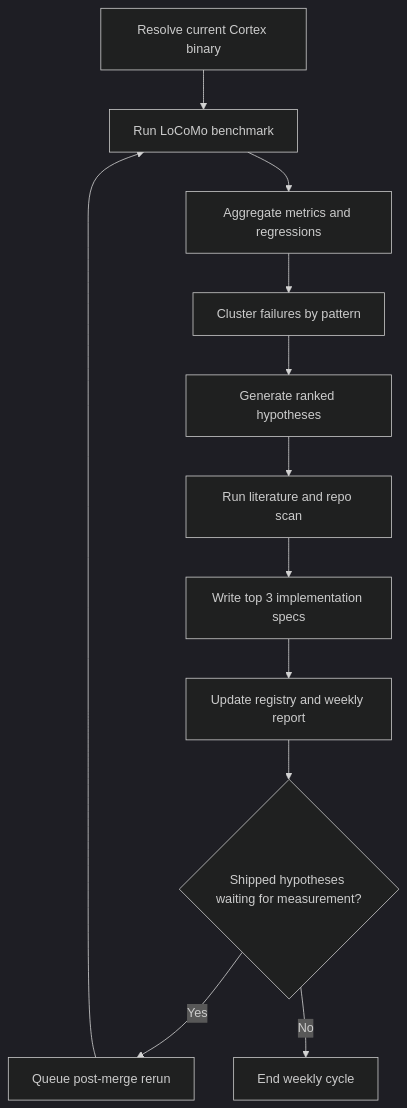
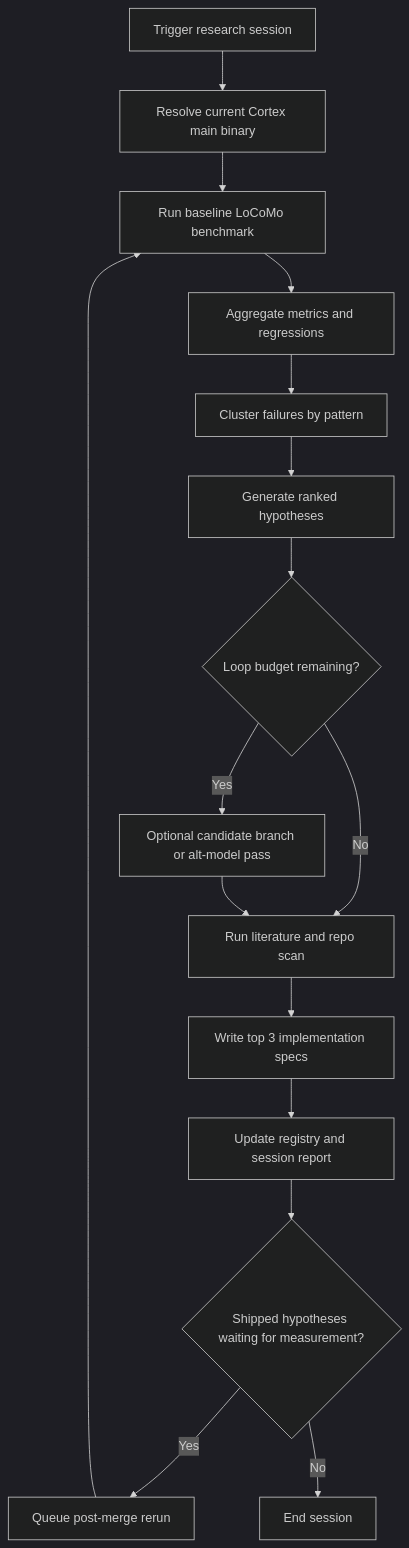
Before and after one commit to hurttlocker/o8: the diagram in docs/research/cortex-autoresearch-setup.md, drawn with Mermaid (dark theme). The commit also changed other lines of this file and 19 other files, not shown here.

````diff
--- a/docs/research/cortex-autoresearch-setup.md
+++ b/docs/research/cortex-autoresearch-setup.md
@@ -107,14 +107,18 @@
 ```mermaid
 flowchart TD
-  A[Resolve current Cortex binary] --> B[Run LoCoMo benchmark]
-  B --> C[Aggregate metrics and regressions]
-  C --> D[Cluster failures by pattern]
-  D --> E[Generate ranked hypotheses]
-  E --> F[Run literature and repo scan]
-  F --> G[Write top 3 implementation specs]
-  G --> H[Update registry and weekly report]
-  H --> I{Shipped hypotheses waiting for measurement?}
-  I -->|Yes| J[Queue post-merge rerun]
-  I -->|No| K[End weekly cycle]
-  J --> B
+  A[Trigger research session] --> B[Resolve current Cortex main binary]
+  B --> C[Run baseline LoCoMo benchmark]
+  C --> D[Aggregate metrics and regressions]
+  D --> E[Cluster failures by pattern]
+  E --> F[Generate ranked hypotheses]
+  F --> G{Loop budget remaining?}
+  G -->|Yes| H[Optional candidate branch or alt-model pass]
+  G -->|No| I[Run literature and repo scan]
+  H --> I
+  I --> J[Write top 3 implementation specs]
+  J --> K[Update registry and session report]
+  K --> L{Shipped hypotheses waiting for measurement?}
+  L -->|Yes| M[Queue post-merge rerun]
+  L -->|No| N[End session]
+  M --> C
 ```
````
